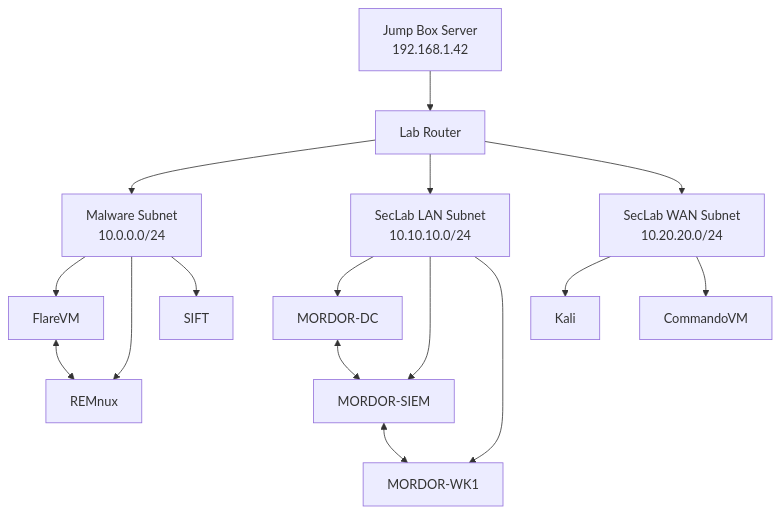
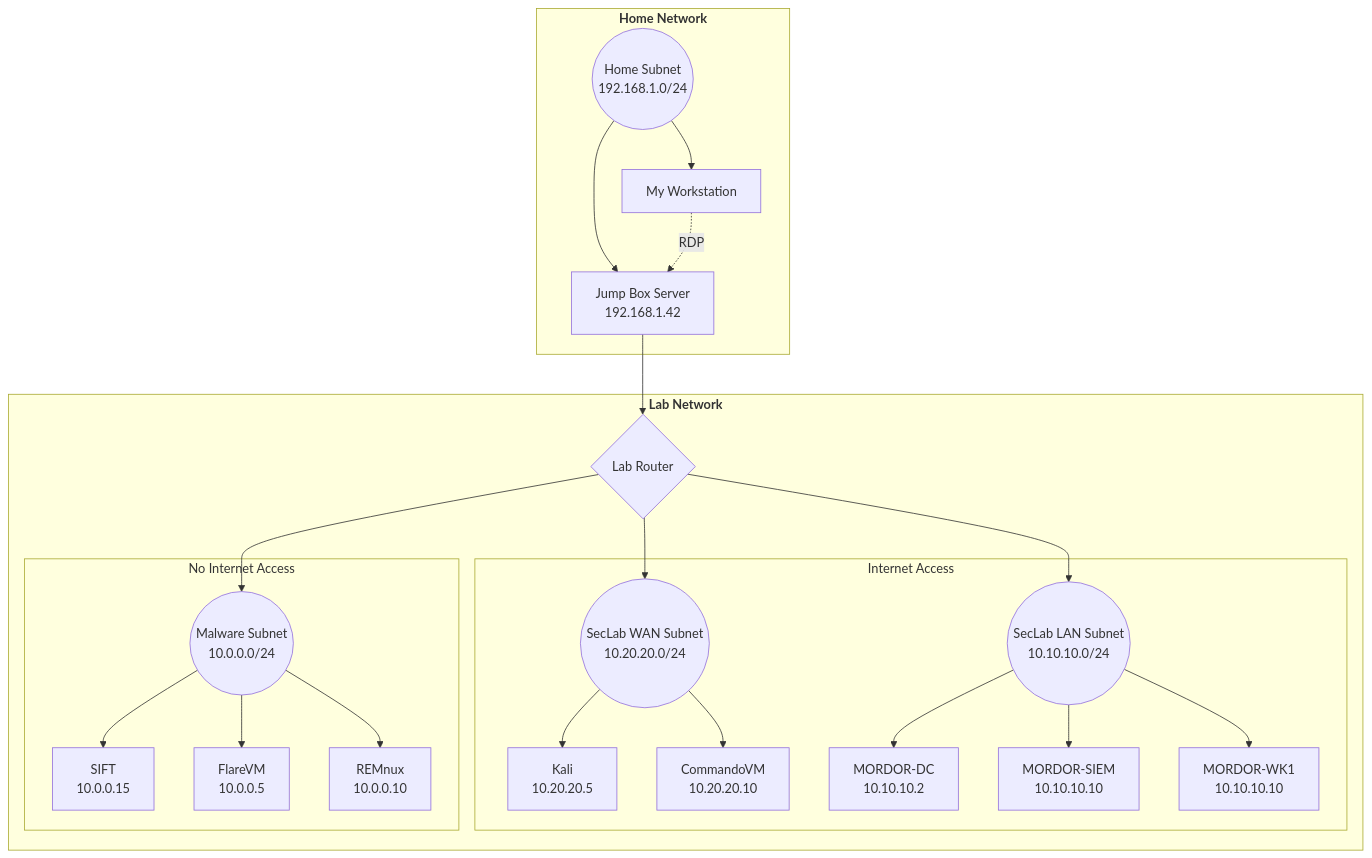
The diagram in homelab/network_diagram.md (jabsec/portfolio), drawn with Mermaid before and after one commit. The commit also changed other lines of this file, not shown here.

````diff
--- a/homelab/network_diagram.md
+++ b/homelab/network_diagram.md
@@ -5,44 +5,58 @@
 ```mermaid
 
 graph TD
+    
+    Home((Home Subnet<br>192.168.1.0/24))
+    Malware((Malware Subnet<br>10.0.0.0/24))
+    SecLabWAN((SecLab WAN Subnet <br> 10.20.20.0/24))
+    SecLabLAN((SecLab LAN Subnet <br> 10.10.10.0/24))
 
+    JumpBox[Jump Box Server <br>192.168.1.42]
+    PC[My Workstation]:::server
 
-    Router2[Lab Router]:::device
+    Kali[Kali<br>10.20.20.5]
+    CommandoVM[CommandoVM<br>10.20.20.10]
 
-    Malware[Malware Subnet<br>10.0.0.0/24]:::subnet
-    SecLabWAN[SecLab WAN Subnet <br> 10.20.20.0/24]:::subnet
-    SecLabLAN[SecLab LAN Subnet <br> 10.10.10.0/24]:::subnet
+    SIFT[SIFT<br>10.0.0.15]
+    FlareVM[FlareVM<br>10.0.0.5]
+    REMnux[REMnux<br>10.0.0.10]
 
-    JumpBox[Jump Box Server <br>192.168.1.42]:::server
-
-    Kali[Kali]:::VM
-    SIFT[SIFT]:::VM
-    CommandoVM[CommandoVM]:::VM
-    FlareVM[FlareVM]:::VM
-    REMnux[REMnux]:::VM
-    MORDORDC[MORDOR-DC]:::ADVM
-    MORDORWK1[MORDOR-WK1]:::ADVM
-    MORDORSIEM[MORDOR-SIEM]:::ADVM
-
+    MORDORDC[MORDOR-DC<br>10.10.10.2]
+    MORDORSIEM[MORDOR-SIEM<br>10.10.10.10]
+    MORDORWK1[MORDOR-WK1<br>10.10.10.10]
+    
 
     JumpBox --> Router2
 
     Router2 --> Malware
     Router2 --> SecLabLAN
     Router2 --> SecLabWAN
 
-    Malware --> FlareVM
-    Malware --> REMnux
-    Malware --> SIFT
-    FlareVM <--> REMnux
+    subgraph 4 [<b>Lab Network]
 
-    SecLabWAN --> Kali
-    SecLabWAN --> CommandoVM
+    Router2{Lab Router}
 
-    SecLabLAN --> MORDORDC
-    SecLabLAN --> MORDORSIEM
-    SecLabLAN --> MORDORWK1
-    MORDORDC <--> MORDORSIEM <--> MORDORWK1
+        subgraph 1 [No Internet Access]
+            Malware --> FlareVM
+            Malware --> REMnux
+            Malware --> SIFT
+        end
     
+        subgraph 2 [Internet Access]
+            SecLabWAN --> Kali
+            SecLabWAN --> CommandoVM
+        
+            SecLabLAN --> MORDORDC
+            SecLabLAN --> MORDORSIEM
+            SecLabLAN --> MORDORWK1
+        end
+
+    end
+
+    subgraph 3 [<b>Home Network]
+        Home --> JumpBox
+        Home --> PC
+        PC-. RDP .-> JumpBox
+    end
 
 ```
````
